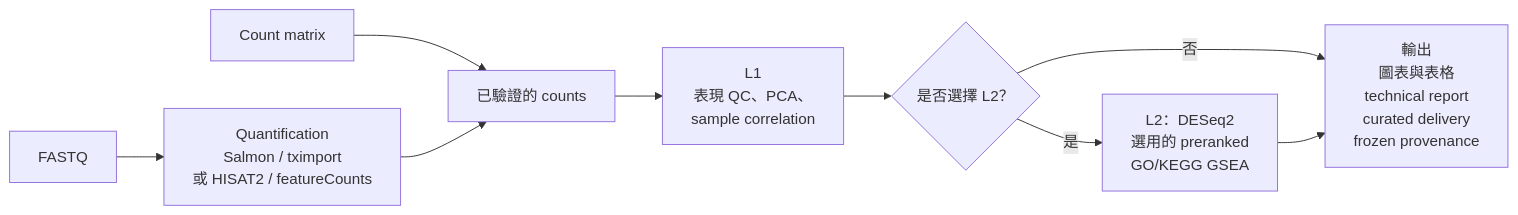
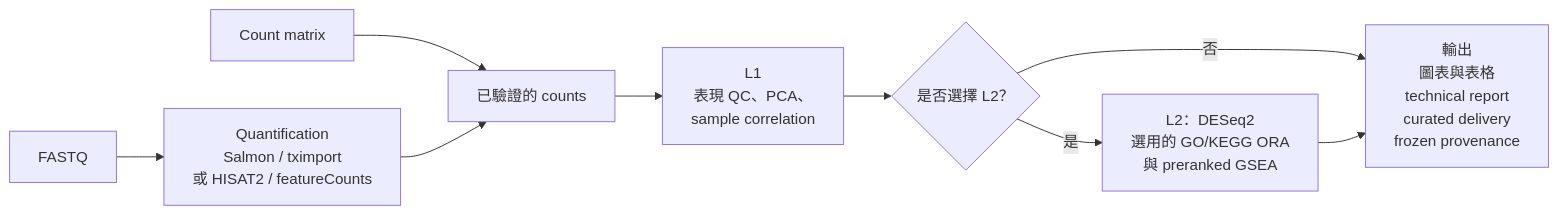
Before and after one commit to 2002brian/nf-rna: the diagram in README_zh-TW.md, drawn with Mermaid. The commit also changed other lines of this file and 4 other files, not shown here.

````diff
--- a/README_zh-TW.md
+++ b/README_zh-TW.md
@@ -19,11 +19,11 @@
 ```mermaid
 flowchart LR
     A[FASTQ] --> B["Quantification<br/>Salmon / tximport<br/>或 HISAT2 / featureCounts"]
     C[Count matrix] --> D[已驗證的 counts]
     B --> D
     D --> E["L1<br/>表現 QC、PCA、<br/>sample correlation"]
     E --> F{是否選擇 L2？}
-    F -- 是 --> G["L2：DESeq2<br/>選用的 preranked<br/>GO/KEGG GSEA"]
+    F -- 是 --> G["L2：DESeq2<br/>選用的 GO/KEGG ORA<br/>與 preranked GSEA"]
     F -- 否 --> H["輸出<br/>圖表與表格<br/>technical report<br/>curated delivery<br/>frozen provenance"]
     G --> H
 ```
````
